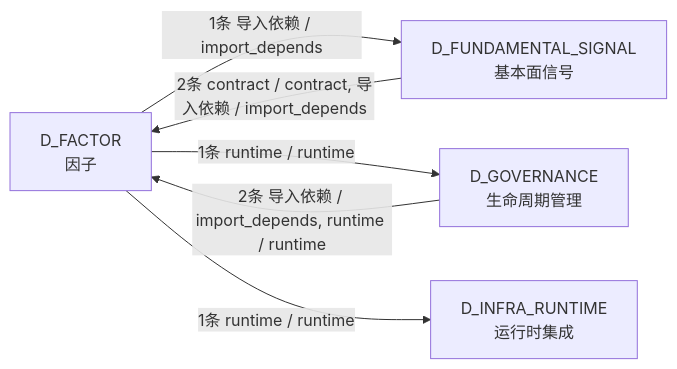
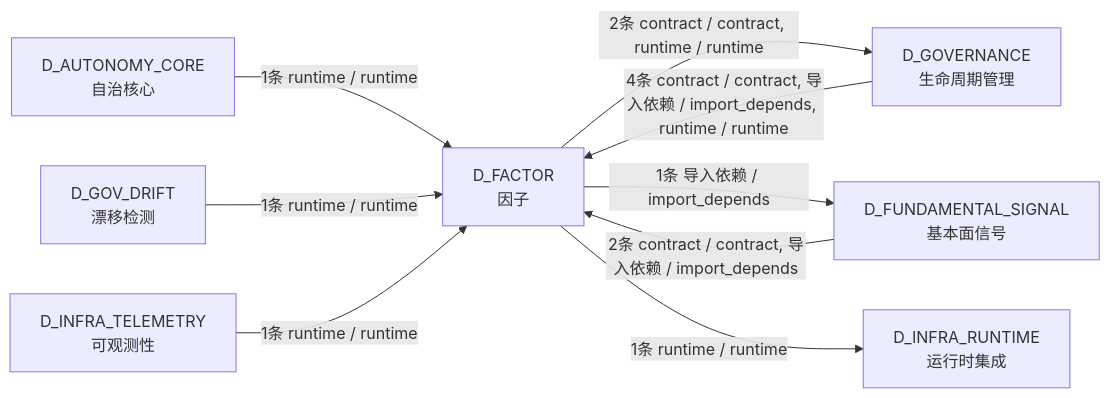
The fourth of 4 diagrams in docs/02_enterprise_architecture/02_domain_architecture_docs/29_d_factor.md (xuanFelixVan/ZephyrAlpha), drawn with Mermaid before and after one commit. The commit also changed other lines of this file and 99 other files, not shown here.

````diff
--- a/docs/02_enterprise_architecture/02_domain_architecture_docs/29_d_factor.md
+++ b/docs/02_enterprise_architecture/02_domain_architecture_docs/29_d_factor.md
@@ -209,12 +234,18 @@
 ```mermaid
 graph LR
     D_FACTOR["D_FACTOR<br/>因子"]
+    D_GOVERNANCE["D_GOVERNANCE<br/>生命周期管理"]
     D_FUNDAMENTAL_SIGNAL["D_FUNDAMENTAL_SIGNAL<br/>基本面信号"]
-    D_GOVERNANCE["D_GOVERNANCE<br/>生命周期管理"]
     D_INFRA_RUNTIME["D_INFRA_RUNTIME<br/>运行时集成"]
+    D_AUTONOMY_CORE["D_AUTONOMY_CORE<br/>自治核心"]
+    D_GOV_DRIFT["D_GOV_DRIFT<br/>漂移检测"]
+    D_INFRA_TELEMETRY["D_INFRA_TELEMETRY<br/>可观测性"]
+    D_FACTOR -->|2条 contract / contract, runtime / runtime| D_GOVERNANCE
     D_FACTOR -->|1条 导入依赖 / import_depends| D_FUNDAMENTAL_SIGNAL
-    D_FACTOR -->|1条 runtime / runtime| D_GOVERNANCE
     D_FACTOR -->|1条 runtime / runtime| D_INFRA_RUNTIME
+    D_GOVERNANCE -->|4条 contract / contract, 导入依赖 / import_depends, runtime / runtime| D_FACTOR
     D_FUNDAMENTAL_SIGNAL -->|2条 contract / contract, 导入依赖 / import_depends| D_FACTOR
-    D_GOVERNANCE -->|2条 导入依赖 / import_depends, runtime / runtime| D_FACTOR
+    D_AUTONOMY_CORE -->|1条 runtime / runtime| D_FACTOR
+    D_GOV_DRIFT -->|1条 runtime / runtime| D_FACTOR
+    D_INFRA_TELEMETRY -->|1条 runtime / runtime| D_FACTOR
 ```
````
